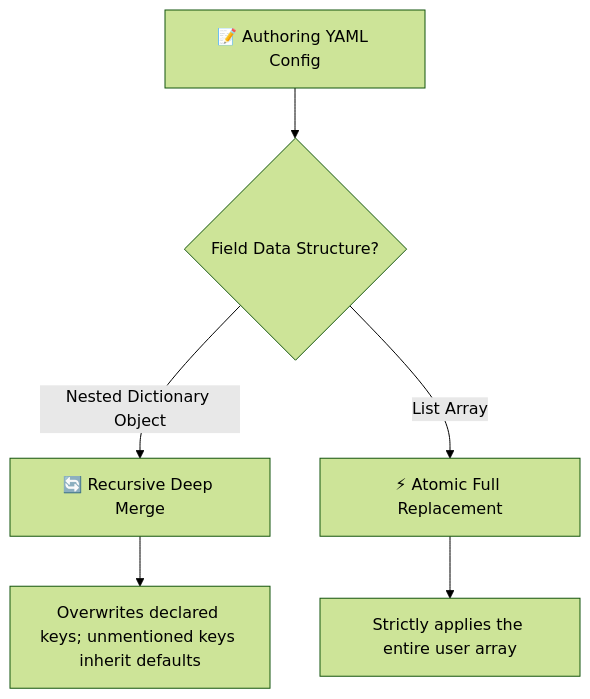
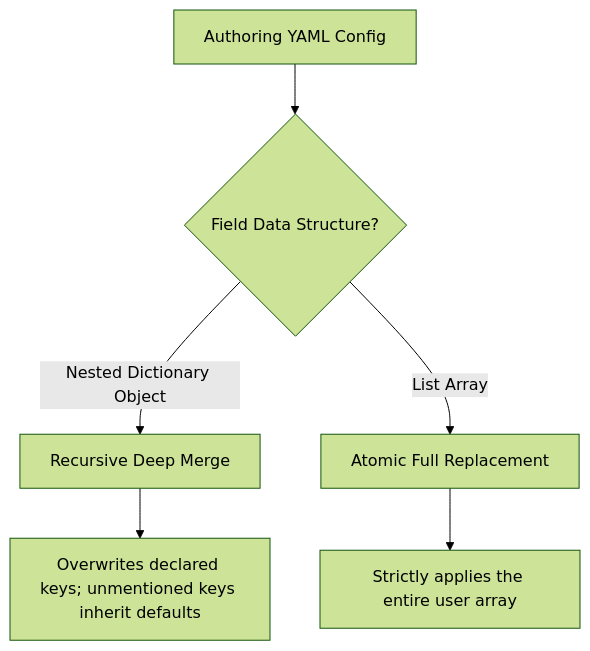
One commit to LyraVoid/Shirone-Docs changed the diagram in docs/en/guide/content-separation/config-overlay/README.md. Above: the diagram before and after it, drawn with Mermaid (forest theme). The commit also changed 7 other files, not shown here.

Commit message:
docs: standardize terminology in content separation guides by removing emojis from diagrams for improved clarity and consistency in both English and Chinese

````diff
--- a/docs/en/guide/content-separation/config-overlay/README.md
+++ b/docs/en/guide/content-separation/config-overlay/README.md
@@ -26,8 +26,8 @@
 ```mermaid
 flowchart TD
-    A["📝 Authoring YAML Config"] --> B{"Field Data Structure?"}
-    B -->|Nested Dictionary Object| C["🔄 Recursive Deep Merge"]
-    B -->|List Array| D["⚡ Atomic Full Replacement"]
-    C --> E["Overwrites declared keys; unmentioned keys inherit defaults"]
-    D --> F["Strictly applies the entire user array"]
+    A[Authoring YAML Config] --> B{Field Data Structure?}
+    B -->|Nested Dictionary Object| C[Recursive Deep Merge]
+    B -->|List Array| D[Atomic Full Replacement]
+    C --> E[Overwrites declared keys; unmentioned keys inherit defaults]
+    D --> F[Strictly applies the entire user array]
 ```
````
